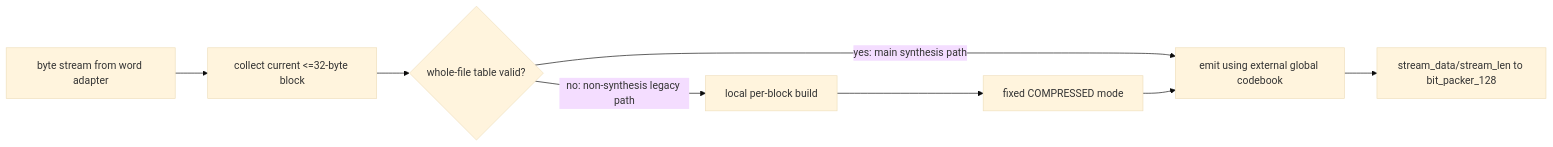
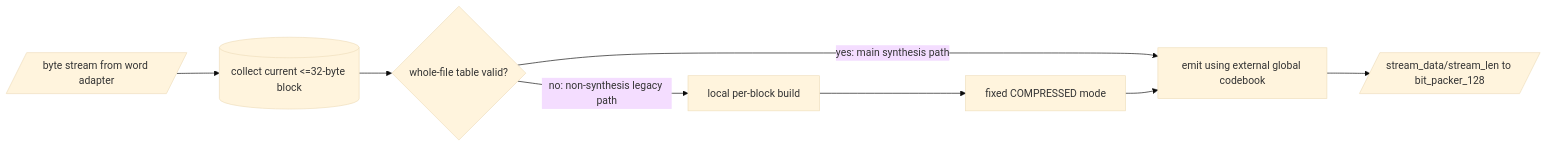
Before and after one commit to ngoquocan139/AES_huffman_all6: the diagram in docs/dynamic_huffman_encoder_spec.md, drawn with Mermaid (base theme). The commit also changed 28 other files, not shown here.

````diff
--- a/docs/dynamic_huffman_encoder_spec.md
+++ b/docs/dynamic_huffman_encoder_spec.md
@@ -86,10 +86,10 @@
 ```mermaid
 flowchart LR
-  IN["byte stream from word adapter"] --> COL["collect current <=32-byte block"]
+  IN[/"byte stream from word adapter"/] --> COL[("collect current <=32-byte block")]
   COL --> WF{"whole-file table valid?"}
   WF -->|"yes: main synthesis path"| EMIT["emit using external global codebook"]
   WF -->|"no: non-synthesis legacy path"| BLD["local per-block build"]
   BLD --> MODE["fixed COMPRESSED mode"]
   MODE --> EMIT
-  EMIT --> OUT["stream_data/stream_len to bit_packer_128"]
+  EMIT --> OUT[/"stream_data/stream_len to bit_packer_128"/]
 ```
````
